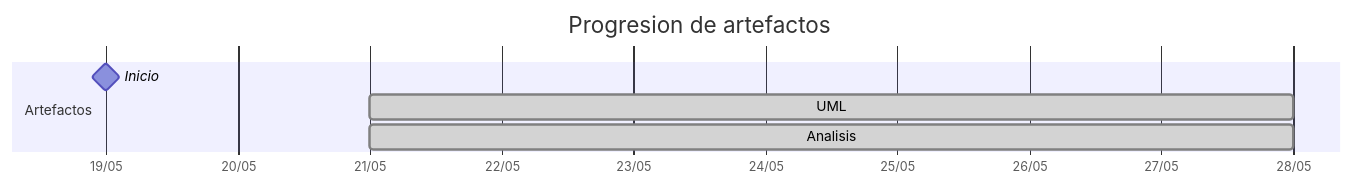
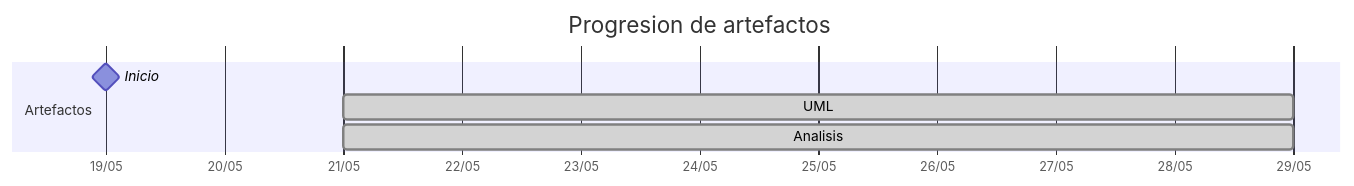
One commit to carlos-alvarado-25/25-26-idsw2-sdVC changed the diagram in TIMELINES/Pareyor.md. Above: the diagram before and after it, drawn with Mermaid. The commit also changed other lines of this file and 25 other files, not shown here.

````diff
--- a/TIMELINES/Pareyor.md
+++ b/TIMELINES/Pareyor.md
@@ -18,10 +22,10 @@
 ```mermaid
 gantt
     title Progresion de artefactos
     dateFormat YYYY-MM-DD
     axisFormat %d/%m
     section Artefactos
         Inicio       :milestone, 2026-05-19, 0d
-        UML          :done, 2026-05-21, 2026-05-28
-        Analisis     :done, 2026-05-21, 2026-05-28
+        UML          :done, 2026-05-21, 2026-05-29
+        Analisis     :done, 2026-05-21, 2026-05-29
 ```
````
